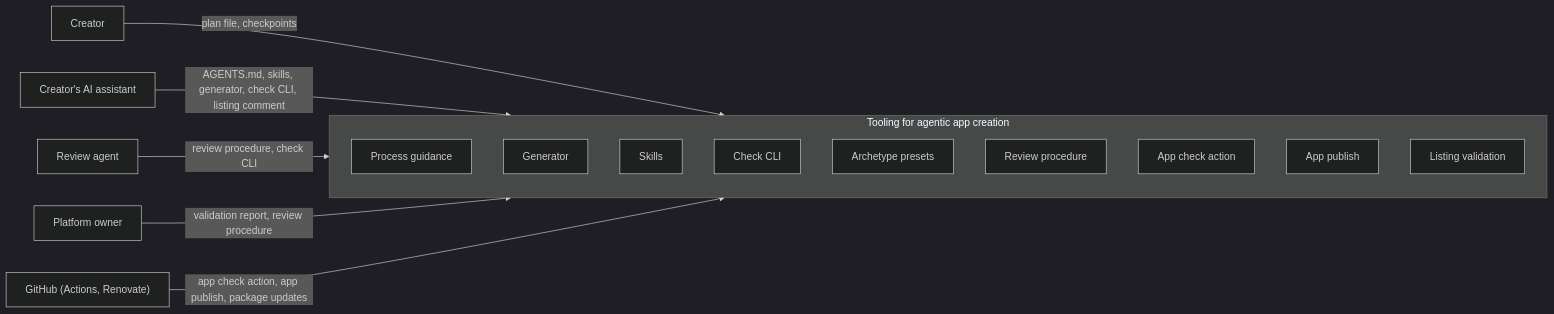
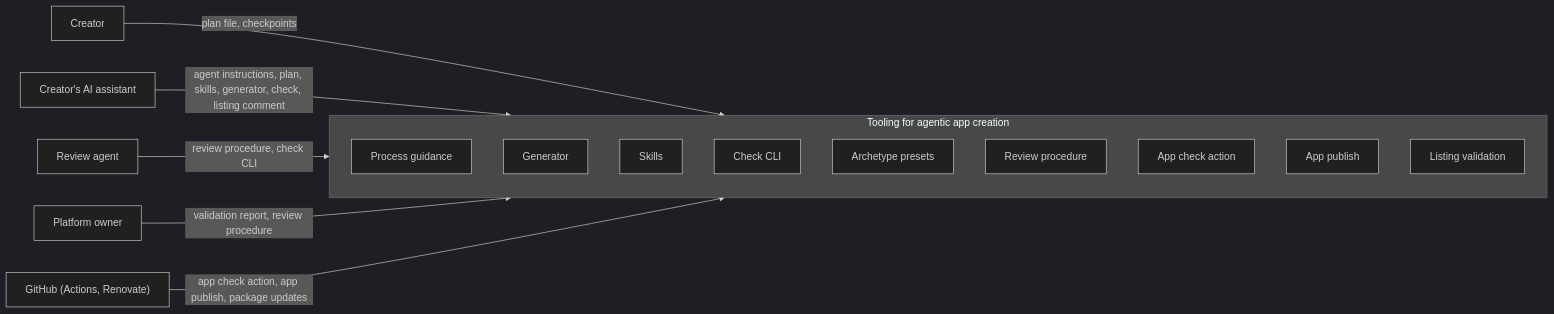
Before and after one commit to lernapps/tooling: the diagram in docs/arc42/03-system-context.arc42.md, drawn with Mermaid (dark theme). The commit also changed other lines of this file and 26 other files, not shown here.

First line of the commit message:
docs: the architecture states responsibilities, the README orients, details live in code

````diff
--- a/docs/arc42/03-system-context.arc42.md
+++ b/docs/arc42/03-system-context.arc42.md
@@ -22,24 +26,24 @@
 ```mermaid
 flowchart LR
     actor-creator["Creator"]
     actor-assistant["Creator's AI assistant"]
     actor-owner["Platform owner"]
     actor-review-agent["Review agent"]
     actor-github["GitHub (Actions, Renovate)"]
     subgraph tooling["Tooling for agentic app creation"]
         bb-process-guidance["Process guidance"]
         bb-generator["Generator"]
         bb-skills["Skills"]
         bb-check-cli["Check CLI"]
         bb-archetypes["Archetype presets"]
         bb-review-procedure["Review procedure"]
         bb-app-check-action["App check action"]
         bb-app-publish["App publish"]
         bb-listing-validation["Listing validation"]
     end
     actor-creator -->|"plan file, checkpoints"| tooling
-    actor-assistant -->|"AGENTS.md, skills, generator, check CLI, listing comment"| tooling
+    actor-assistant -->|"agent instructions, plan, skills, generator, check, listing comment"| tooling
     actor-review-agent -->|"review procedure, check CLI"| tooling
     actor-owner -->|"validation report, review procedure"| tooling
     actor-github -->|"app check action, app publish, package updates"| tooling
 ```
````
